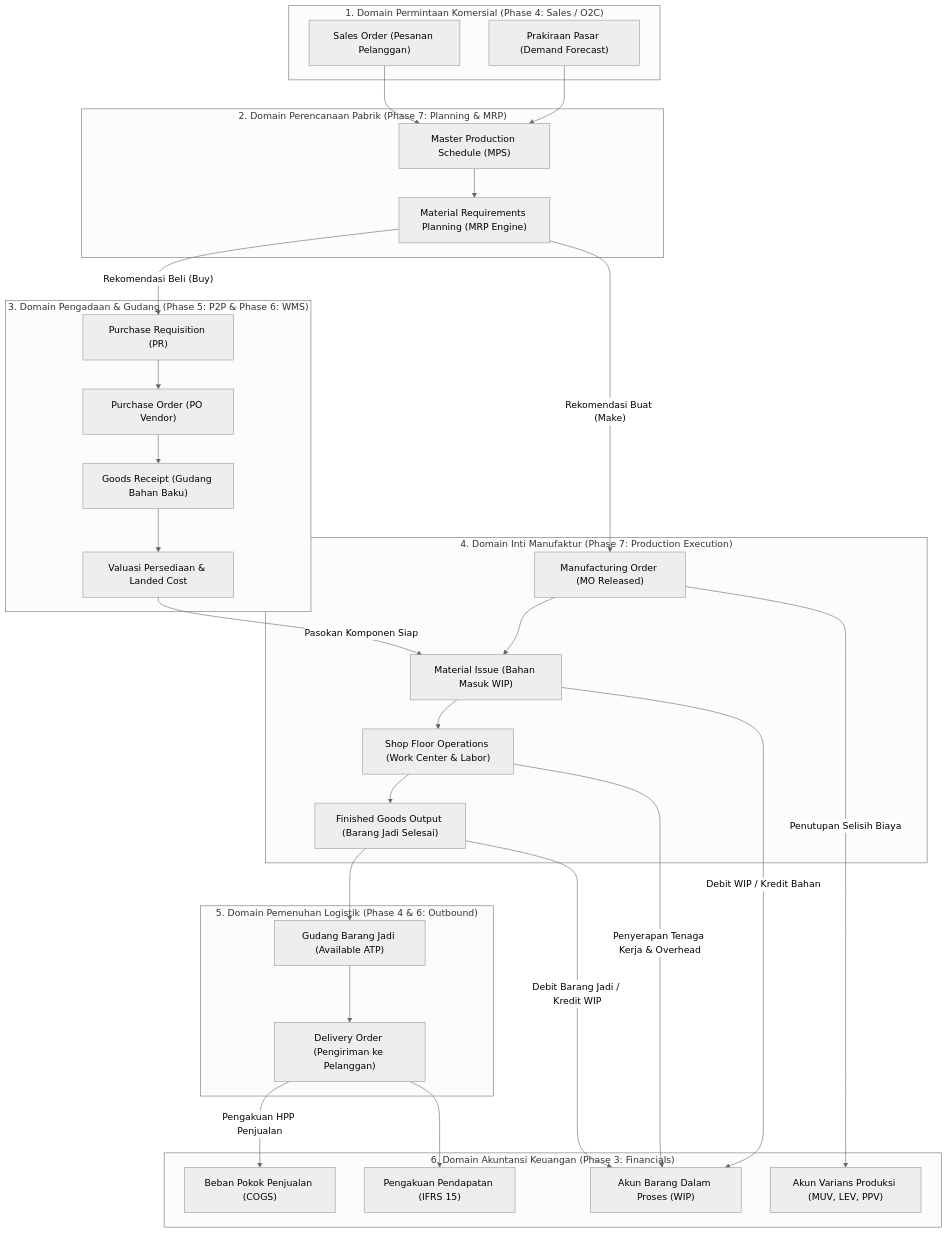
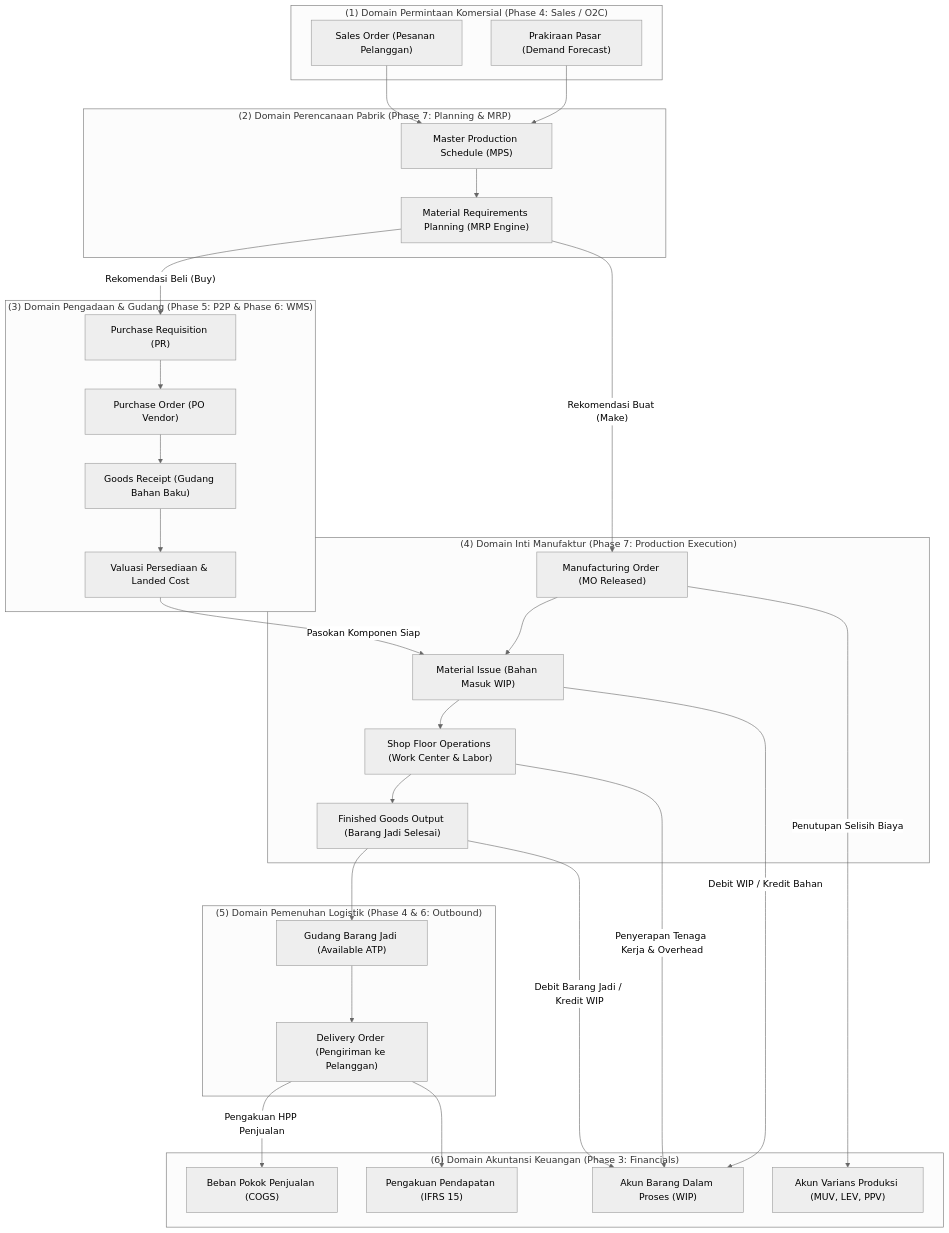
Before and after one commit to alimurrofid/erp-notes: the diagram in content/06-manufacturing/manufacturing-integration.md, drawn with Mermaid (neutral theme). The commit also changed 132 other files, not shown here.

````diff
--- a/content/06-manufacturing/manufacturing-integration.md
+++ b/content/06-manufacturing/manufacturing-integration.md
@@ -27,63 +27,63 @@
 ```mermaid
 flowchart TD
-    subgraph DemandSide["1. Domain Permintaan Komersial (Phase 4: Sales / O2C)"]
+    subgraph DemandSide["(1) Domain Permintaan Komersial (Phase 4: Sales / O2C)"]
         SO["Sales Order (Pesanan Pelanggan)"]
         FC["Prakiraan Pasar (Demand Forecast)"]
     end
 
-    subgraph PlanningEngine["2. Domain Perencanaan Pabrik (Phase 7: Planning & MRP)"]
+    subgraph PlanningEngine["(2) Domain Perencanaan Pabrik (Phase 7: Planning & MRP)"]
         MPS["Master Production Schedule (MPS)"]
         MRP["Material Requirements Planning (MRP Engine)"]
     end
 
-    subgraph SupplyExecution["3. Domain Pengadaan & Gudang (Phase 5: P2P & Phase 6: WMS)"]
+    subgraph SupplyExecution["(3) Domain Pengadaan & Gudang (Phase 5: P2P & Phase 6: WMS)"]
         PR["Purchase Requisition (PR)"]
         PO["Purchase Order (PO Vendor)"]
         GR["Goods Receipt (Gudang Bahan Baku)"]
         StockVal["Valuasi Persediaan & Landed Cost"]
     end
 
-    subgraph ProductionCore["4. Domain Inti Manufaktur (Phase 7: Production Execution)"]
+    subgraph ProductionCore["(4) Domain Inti Manufaktur (Phase 7: Production Execution)"]
         MO["Manufacturing Order (MO Released)"]
         Issue["Material Issue (Bahan Masuk WIP)"]
         SFC["Shop Floor Operations (Work Center & Labor)"]
         FG_Out["Finished Goods Output (Barang Jadi Selesai)"]
     end
 
-    subgraph FulfillmentSide["5. Domain Pemenuhan Logistik (Phase 4 & 6: Outbound)"]
+    subgraph FulfillmentSide["(5) Domain Pemenuhan Logistik (Phase 4 & 6: Outbound)"]
         FG_Stock["Gudang Barang Jadi (Available ATP)"]
         DO["Delivery Order (Pengiriman ke Pelanggan)"]
     end
 
-    subgraph FinancialAccounting["6. Domain Akuntansi Keuangan (Phase 3: Financials)"]
+    subgraph FinancialAccounting["(6) Domain Akuntansi Keuangan (Phase 3: Financials)"]
         WIP_Acc["Akun Barang Dalam Proses (WIP)"]
         Var_Acc["Akun Varians Produksi (MUV, LEV, PPV)"]
         COGS_Acc["Beban Pokok Penjualan (COGS)"]
         Rev_Acc["Pengakuan Pendapatan (IFRS 15)"]
     end
 
     SO --> MPS
     FC --> MPS
     MPS --> MRP
     
     MRP -->|"Rekomendasi Beli (Buy)"| PR
     PR --> PO
     PO --> GR
     GR --> StockVal
     StockVal -->|"Pasokan Komponen Siap"| Issue
     
     MRP -->|"Rekomendasi Buat (Make)"| MO
     MO --> Issue
     Issue --> SFC
     SFC --> FG_Out
     
     FG_Out --> FG_Stock
     FG_Stock --> DO
     
     Issue -->|"Debit WIP / Kredit Bahan"| WIP_Acc
     SFC -->|"Penyerapan Tenaga Kerja & Overhead"| WIP_Acc
     FG_Out -->|"Debit Barang Jadi / Kredit WIP"| WIP_Acc
     MO -->|"Penutupan Selisih Biaya"| Var_Acc
     DO -->|"Pengakuan HPP Penjualan"| COGS_Acc
     DO --> Rev_Acc
 ```
````
